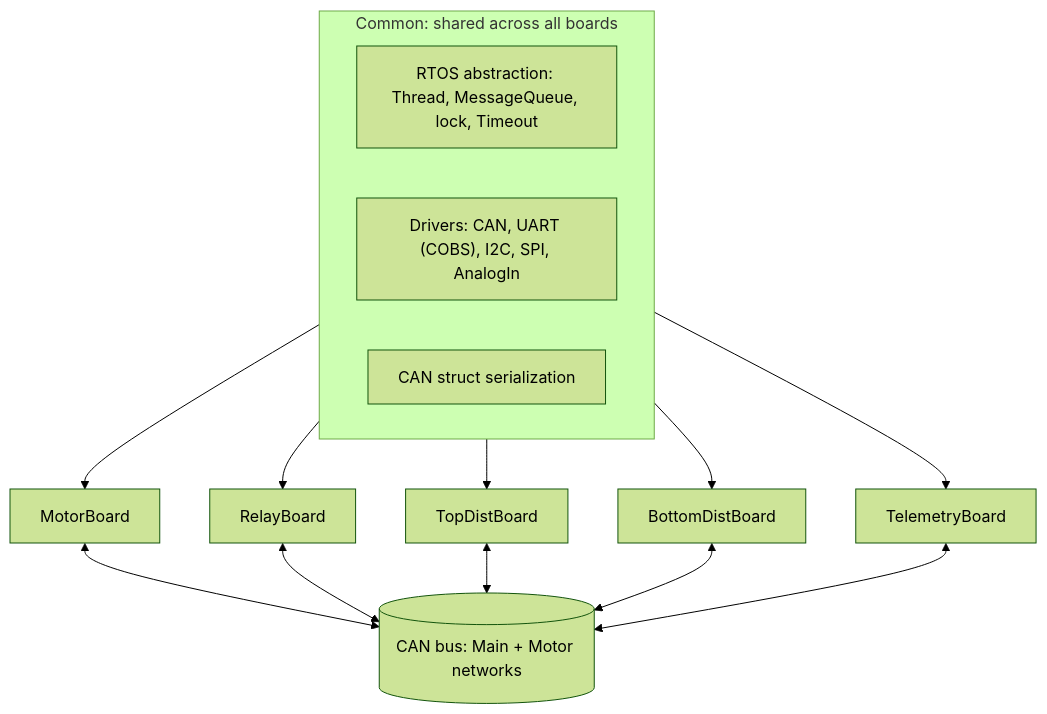
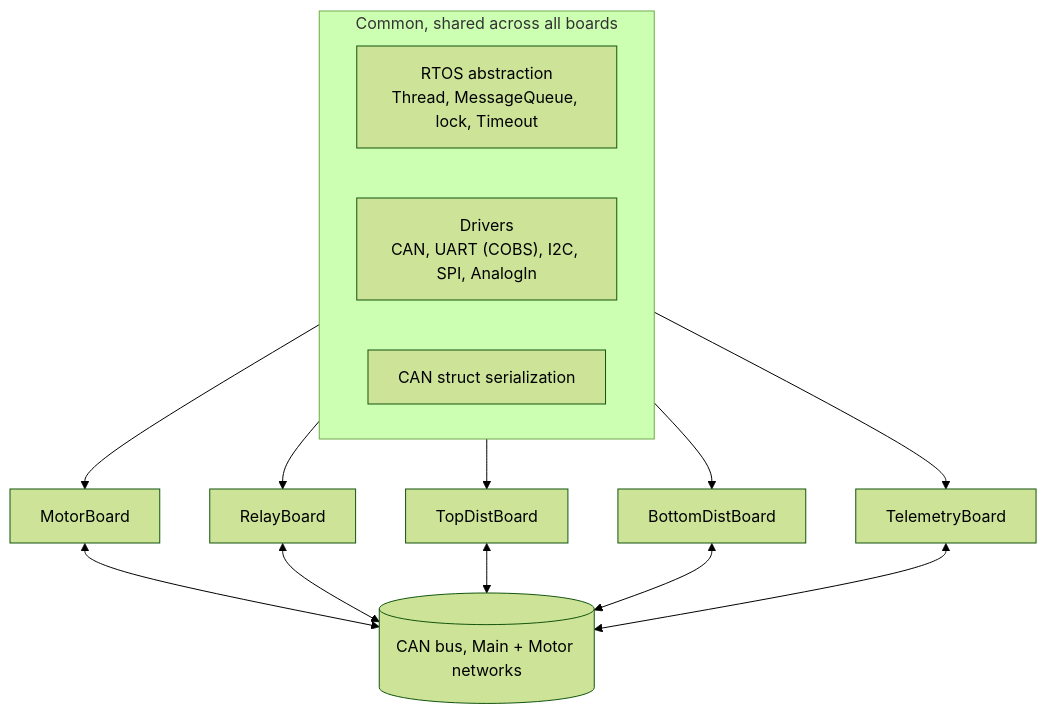
The diagram in solarcar-Rivanna3S/README.md (ethanmathias/portfolio), drawn with Mermaid (forest theme) before and after one commit. The commit also changed other lines of this file and 3 other files, not shown here.

````diff
--- a/solarcar-Rivanna3S/README.md
+++ b/solarcar-Rivanna3S/README.md
@@ -26,19 +26,19 @@
 ```mermaid
 flowchart TB
-    subgraph Shared["Common: shared across all boards"]
-        RTOS["RTOS abstraction: Thread, MessageQueue, lock, Timeout"]
-        Drv["Drivers: CAN, UART (COBS), I2C, SPI, AnalogIn"]
+    subgraph Shared["Common, shared across all boards"]
+        RTOS["RTOS abstraction<br/>Thread, MessageQueue, lock, Timeout"]
+        Drv["Drivers<br/>CAN, UART (COBS), I2C, SPI, AnalogIn"]
         Msg["CAN struct serialization"]
     end
     Motor[MotorBoard]
     Relay[RelayBoard]
     Top[TopDistBoard]
     Bottom[BottomDistBoard]
     Telem[TelemetryBoard]
     Shared --> Motor & Relay & Top & Bottom & Telem
-    Motor <--> CAN[(CAN bus: Main + Motor networks)]
+    Motor <--> CAN[(CAN bus, Main + Motor networks)]
     Relay <--> CAN
     Top <--> CAN
     Bottom <--> CAN
     Telem <--> CAN
 ```
````
